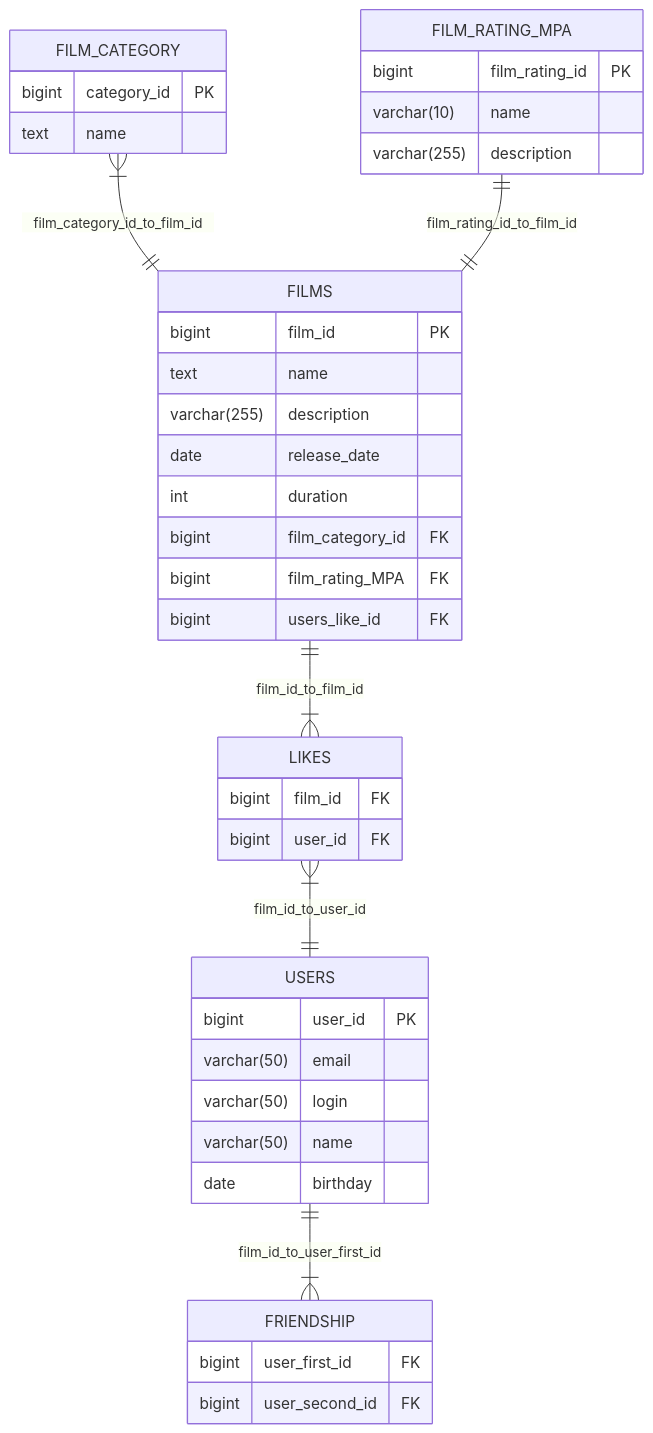
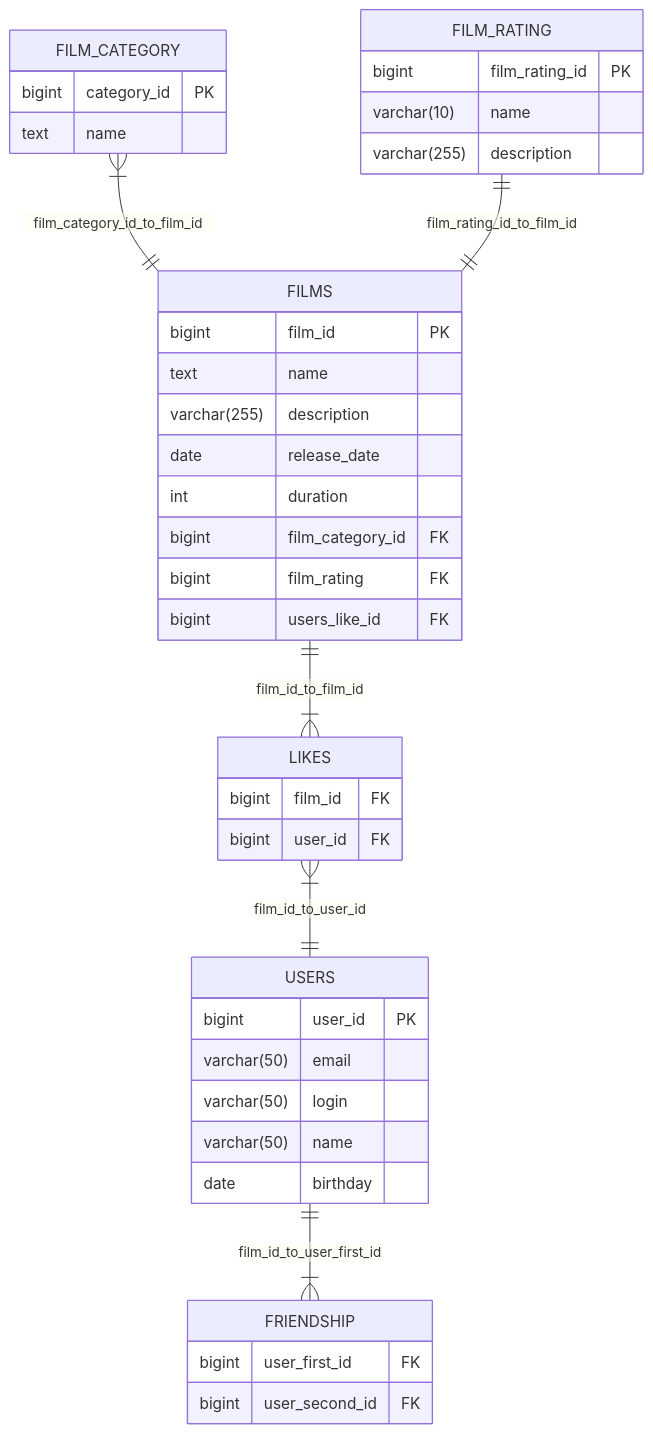
Before and after one commit to Perminand/java-filmorate: the diagram in README.md, drawn with Mermaid.

Commit message:
fix: ER-giagramm

````diff
--- a/README.md
+++ b/README.md
@@ -5,53 +5,53 @@
 ```mermaid
 erDiagram
     FILMS {
         bigint film_id PK
         text name 
         varchar(255) description
         date release_date
         int duration
         bigint film_category_id FK
-        bigint film_rating_MPA FK
+        bigint film_rating FK
         bigint users_like_id FK
         
     }
 
-    FILM_CATEGORY{
+    FILM_CATEGORY {
         bigint category_id PK
         text name
     }
     
-    FILM_RATING_MPA{
+    FILM_RATING {
         bigint film_rating_id PK
         varchar(10) name
         varchar(255) description
     }
     USERS {
         bigint user_id PK
         varchar(50) email
         varchar(50) login
         varchar(50) name
         date birthday
     }
     FRIENDSHIP {
         bigint user_first_id FK
         bigint user_second_id FK
     }
     
     LIKES {
         bigint film_id FK
         bigint user_id FK
     }    
    
 
     FILM_CATEGORY }|--|| FILMS: film_category_id_to_film_id
-    FILM_RATING_MPA ||--|| FILMS : film_rating_id_to_film_id
+    FILM_RATING ||--|| FILMS : film_rating_id_to_film_id
     FILMS ||--|{ LIKES : film_id_to_film_id
     LIKES }|--|| USERS : film_id_to_user_id
     USERS ||--|{ FRIENDSHIP: film_id_to_user_first_id
     
     
 
     
     
 ```
````
